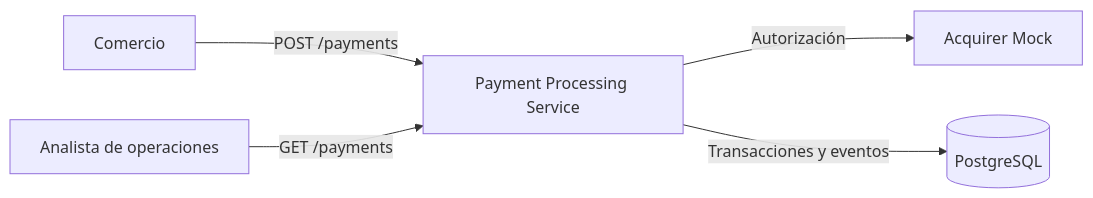
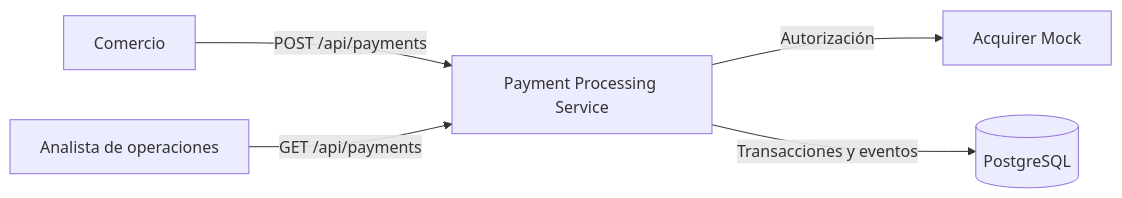
The first of 2 diagrams in docs/01-requirements-analysis.md (Guillermo-Octavio/desafio-retail-laravel-angular-postgresql), drawn with Mermaid before and after one commit. The commit also changed other lines of this file and 2 other files, not shown here.

First line of the commit message:
docs: add architecture and prefix endpoints with /api

````diff
--- a/docs/01-requirements-analysis.md
+++ b/docs/01-requirements-analysis.md
@@ -14,7 +14,7 @@
 ```mermaid
 flowchart LR
-    M[Comercio] -- "POST /payments" --> S[Payment Processing Service]
-    A[Analista de operaciones] -- "GET /payments" --> S
+    M[Comercio] -- "POST /api/payments" --> S[Payment Processing Service]
+    A[Analista de operaciones] -- "GET /api/payments" --> S
     S -- "Autorización" --> Q[Acquirer Mock]
     S -- "Transacciones y eventos" --> D[(PostgreSQL)]
 ```
````
